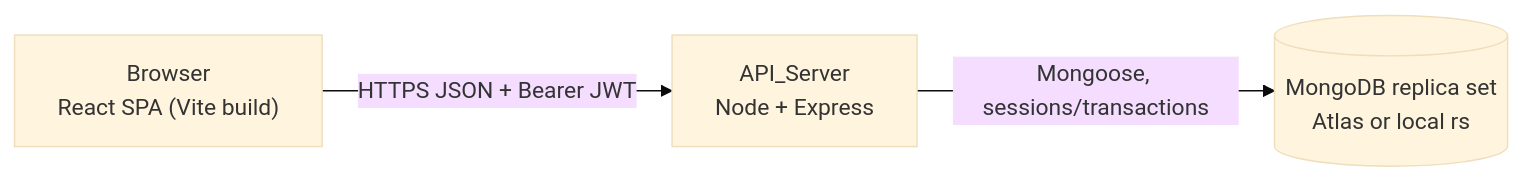
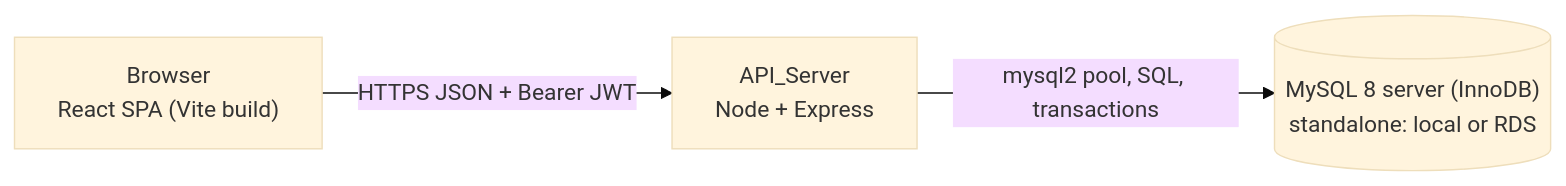
The first of 3 diagrams in .kiro/specs/mini-operations-erp/design.md (Varundhyani69/FundsRoomRound2), drawn with Mermaid (base theme) before and after one commit. The commit also changed other lines of this file and 10 other files, not shown here.

````diff
--- a/.kiro/specs/mini-operations-erp/design.md
+++ b/.kiro/specs/mini-operations-erp/design.md
@@ -30,9 +35,9 @@
 ```mermaid
 flowchart LR
     Browser["Browser<br/>React SPA (Vite build)"]
     API["API_Server<br/>Node + Express"]
-    DB[("MongoDB replica set<br/>Atlas or local rs")]
+    DB[("MySQL 8 server (InnoDB)<br/>standalone: local or RDS")]
 
     Browser -- "HTTPS JSON + Bearer JWT" --> API
-    API -- "Mongoose, sessions/transactions" --> DB
+    API -- "mysql2 pool, SQL, transactions" --> DB
 ```
````
